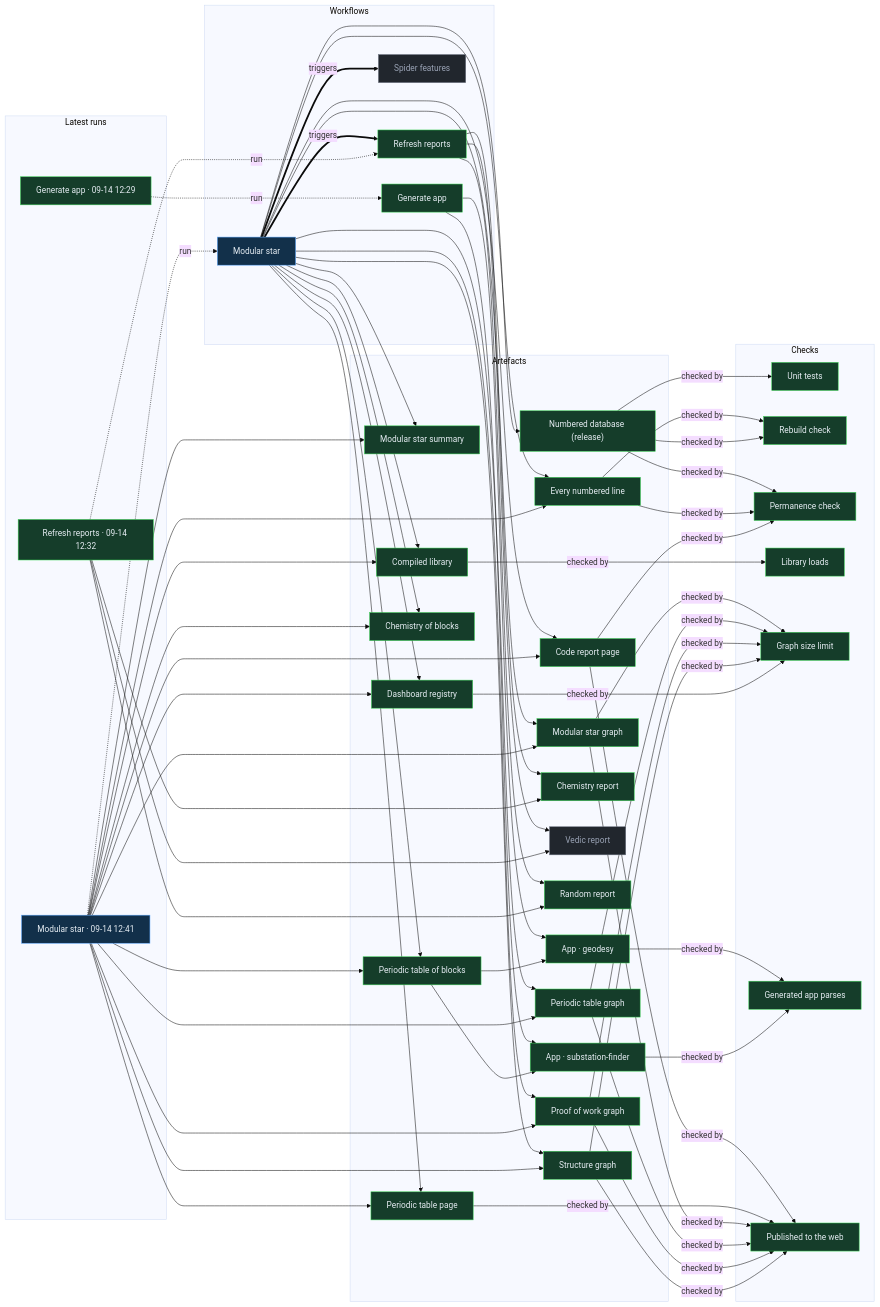
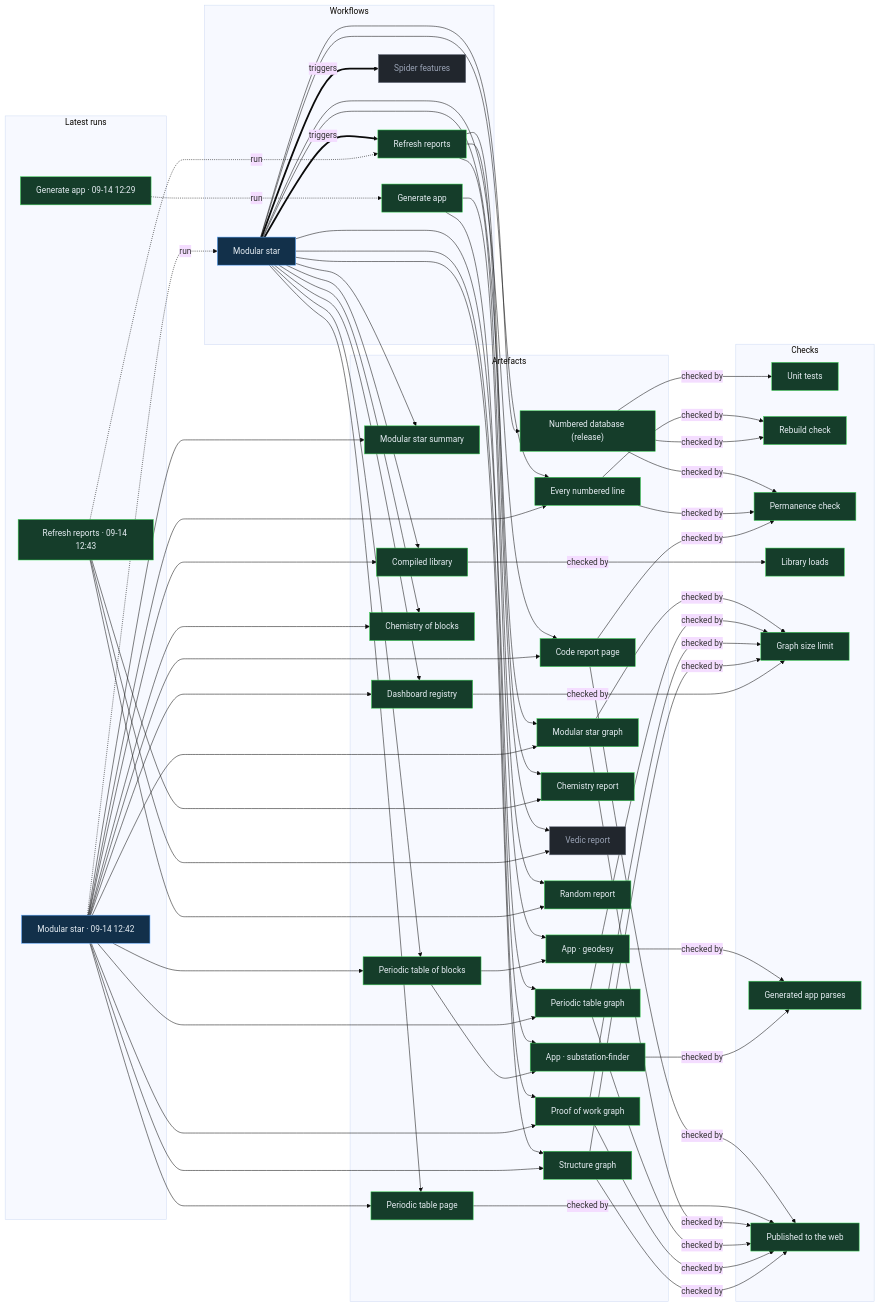
Before and after one commit to Ventusltd/stars: the diagram in proof/PROOF.md, drawn with Mermaid (base theme). The commit also changed other lines of this file and 20 other files, not shown here.

Commit message:
Modular star 2026-09-14T12:45Z

```diff
--- a/proof/PROOF.md
+++ b/proof/PROOF.md
@@ -24,8 +24,8 @@
   n_wf_spider_features["Spider features"]:::off
   end
   subgraph g_runs["Latest runs"]
-  n_run_34844771835["Modular star · 09-14 12:41"]:::live
-  n_run_34843966496["Refresh reports · 09-14 12:32"]:::ok
+  n_run_34844930408["Modular star · 09-14 12:42"]:::live
+  n_run_34844984526["Refresh reports · 09-14 12:43"]:::ok
   n_run_34843673781["Generate app · 09-14 12:29"]:::ok
   end
   subgraph g_artefacts["Artefacts"]
@@ -59,39 +59,39 @@
   end
   n_wf_modular_star == triggers ==> n_wf_refresh
   n_wf_modular_star == triggers ==> n_wf_spider_features
-  n_run_34844771835 -. run .-> n_wf_modular_star
-  n_run_34843966496 -. run .-> n_wf_refresh
+  n_run_34844930408 -. run .-> n_wf_modular_star
+  n_run_34844984526 -. run .-> n_wf_refresh
   n_run_34843673781 -. run .-> n_wf_generate
   n_wf_modular_star --> n_art_summary
-  n_run_34844771835 --> n_art_summary
+  n_run_34844930408 --> n_art_summary
   n_wf_modular_star --> n_art_lines
-  n_run_34844771835 --> n_art_lines
+  n_run_34844930408 --> n_art_lines
   n_wf_modular_star --> n_art_code
-  n_run_34844771835 --> n_art_code
+  n_run_34844930408 --> n_art_code
   n_wf_modular_star --> n_art_modular_graph
-  n_run_34844771835 --> n_art_modular_graph
+  n_run_34844930408 --> n_art_modular_graph
   n_wf_modular_star --> n_art_blocks
-  n_run_34844771835 --> n_art_blocks
+  n_run_34844930408 --> n_art_blocks
   n_wf_modular_star --> n_art_table
-  n_run_34844771835 --> n_art_table
+  n_run_34844930408 --> n_art_table
   n_wf_modular_star --> n_art_blocks_graph
-  n_run_34844771835 --> n_art_blocks_graph
+  n_run_34844930408 --> n_art_blocks_graph
   n_wf_modular_star --> n_art_reactions
-  n_run_34844771835 --> n_art_reactions
+  n_run_34844930408 --> n_art_reactions
   n_wf_modular_star --> n_art_library
-  n_run_34844771835 --> n_art_library
+  n_run_34844930408 --> n_art_library
   n_wf_modular_star --> n_art_features
-  n_run_34844771835 --> n_art_features
+  n_run_34844930408 --> n_art_features
   n_wf_modular_star --> n_art_proof
-  n_run_34844771835 --> n_art_proof
+  n_run_34844930408 --> n_art_proof
   n_wf_modular_star --> n_art_structure
-  n_run_34844771835 --> n_art_structure
+  n_run_34844930408 --> n_art_structure
   n_wf_refresh --> n_art_chemistry
-  n_run_34843966496 --> n_art_chemistry
+  n_run_34844984526 --> n_art_chemistry
   n_wf_refresh --> n_art_vedic
-  n_run_34843966496 --> n_art_vedic
+  n_run_34844984526 --> n_art_vedic
   n_wf_refresh --> n_art_random
-  n_run_34843966496 --> n_art_random
+  n_run_34844984526 --> n_art_random
   n_wf_modular_star --> n_art_release
   n_wf_generate --> n_app_geodesy
   n_art_blocks --> n_app_geodesy
```
